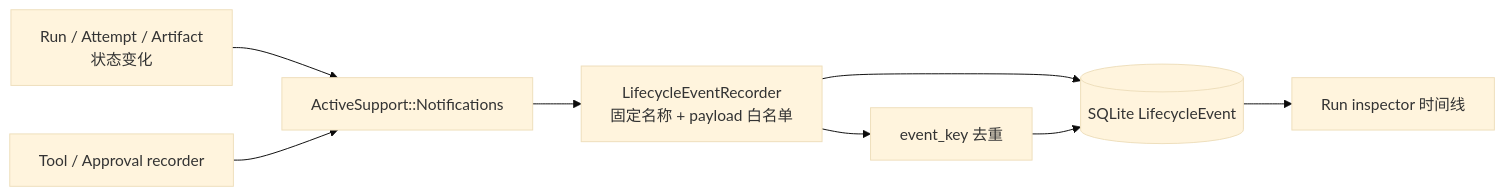
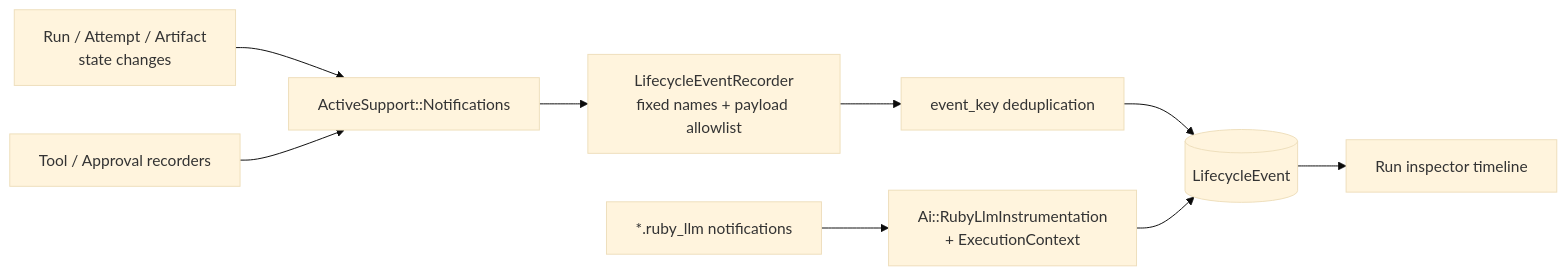
Before and after one commit to yorzi/rubyllm-workbench: the ninth of 10 diagrams in docs/ARCHITECTURE.md, drawn with Mermaid (base theme). The commit also changed other lines of this file and 14 other files, not shown here.

````diff
--- a/docs/ARCHITECTURE.md
+++ b/docs/ARCHITECTURE.md
@@ -662,10 +477,11 @@
 ```mermaid
 flowchart LR
-    Transition["Run / Attempt / Artifact\n状态变化"] --> Notify["ActiveSupport::Notifications"]
-    Tooling["Tool / Approval recorder"] --> Notify
-    Notify --> Filter["LifecycleEventRecorder\n固定名称 + payload 白名单"]
-    Filter --> Catalog[("SQLite LifecycleEvent")]
-    Catalog --> Inspector["Run inspector 时间线"]
-    Filter --> Dedupe["event_key 去重"]
-    Dedupe --> Catalog
+    Transition["Run / Attempt / Artifact\nstate changes"] --> Notify["ActiveSupport::Notifications"]
+    Tooling["Tool / Approval recorders"] --> Notify
+    Notify --> Filter["LifecycleEventRecorder\nfixed names + payload allowlist"]
+    Filter --> Dedupe["event_key deduplication"]
+    Dedupe --> Catalog[("LifecycleEvent")]
+    Catalog --> Inspector["Run inspector timeline"]
+    RubyLLM["*.ruby_llm notifications"] --> Adapter["Ai::RubyLlmInstrumentation\n+ ExecutionContext"]
+    Adapter --> Catalog
 ```
````
